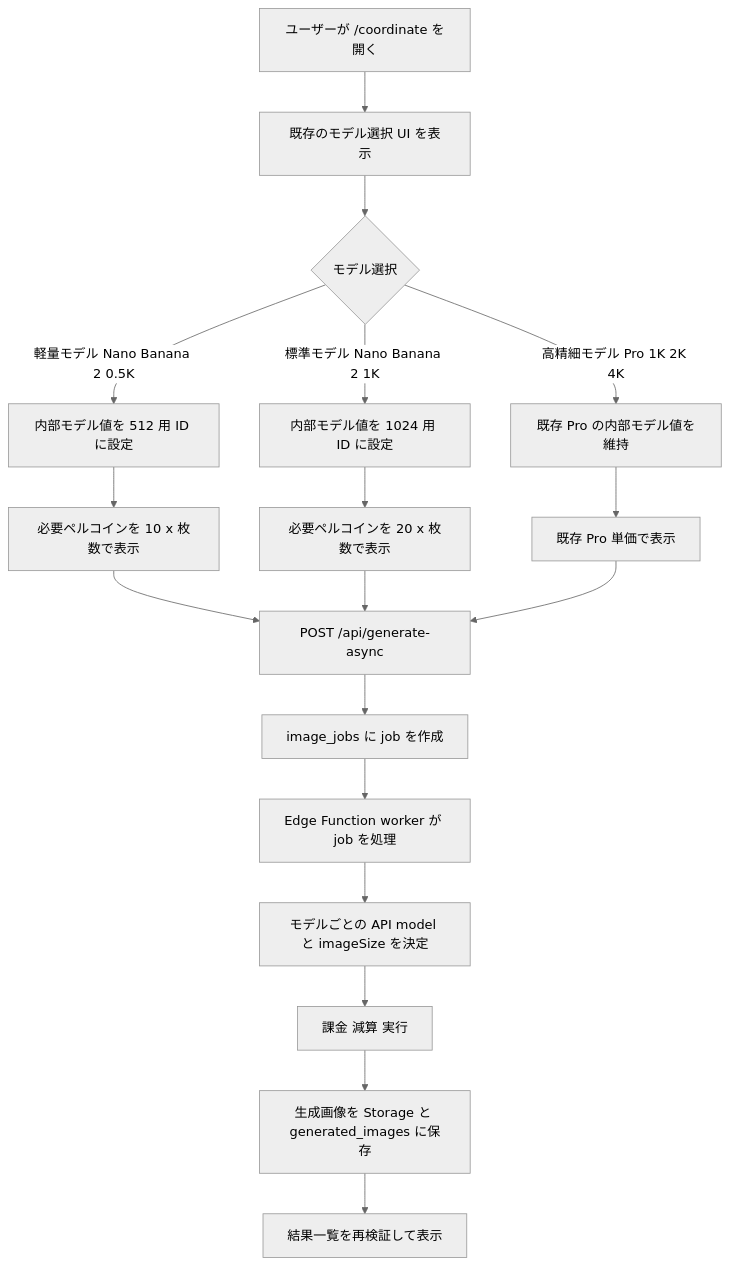
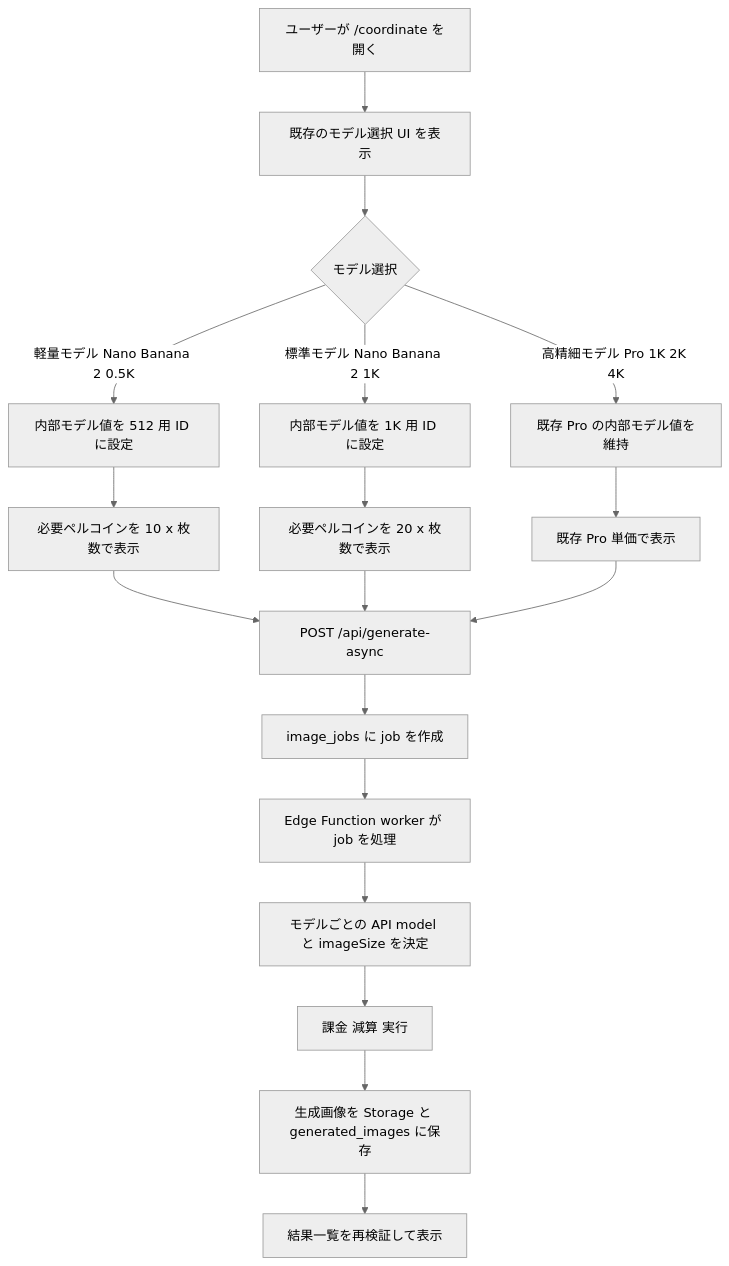
Before and after one commit to 3balljugglerYu/ai_coordinate: the first of 3 diagrams in docs/planning/coordinate-nano-banana-2-model-update-plan.md, drawn with Mermaid (neutral theme). The commit also changed other lines of this file, not shown here.

````diff
--- a/docs/planning/coordinate-nano-banana-2-model-update-plan.md
+++ b/docs/planning/coordinate-nano-banana-2-model-update-plan.md
@@ -27,20 +27,20 @@
 ```mermaid
 flowchart TD
     A["ユーザーが /coordinate を開く"] --> B["既存のモデル選択 UI を表示"]
     B --> C{"モデル選択"}
     C -->|"軽量モデル Nano Banana 2 0.5K"| D["内部モデル値を 512 用 ID に設定"]
-    C -->|"標準モデル Nano Banana 2 1K"| E["内部モデル値を 1024 用 ID に設定"]
+    C -->|"標準モデル Nano Banana 2 1K"| E["内部モデル値を 1K 用 ID に設定"]
     C -->|"高精細モデル Pro 1K 2K 4K"| F["既存 Pro の内部モデル値を維持"]
     D --> G["必要ペルコインを 10 x 枚数で表示"]
     E --> H["必要ペルコインを 20 x 枚数で表示"]
     F --> I["既存 Pro 単価で表示"]
     G --> J["POST /api/generate-async"]
     H --> J
     I --> J
     J --> K["image_jobs に job を作成"]
     K --> L["Edge Function worker が job を処理"]
     L --> M["モデルごとの API model と imageSize を決定"]
     M --> N["課金 減算 実行"]
     N --> O["生成画像を Storage と generated_images に保存"]
     O --> P["結果一覧を再検証して表示"]
 ```
````
